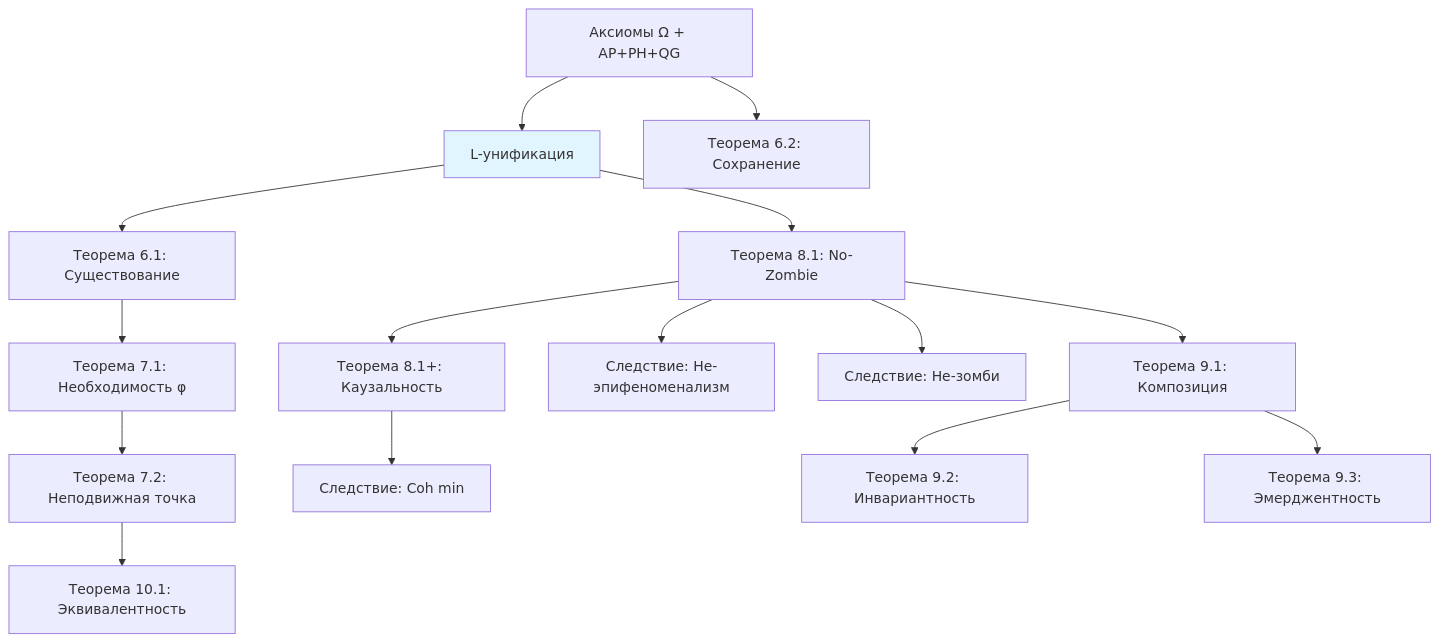
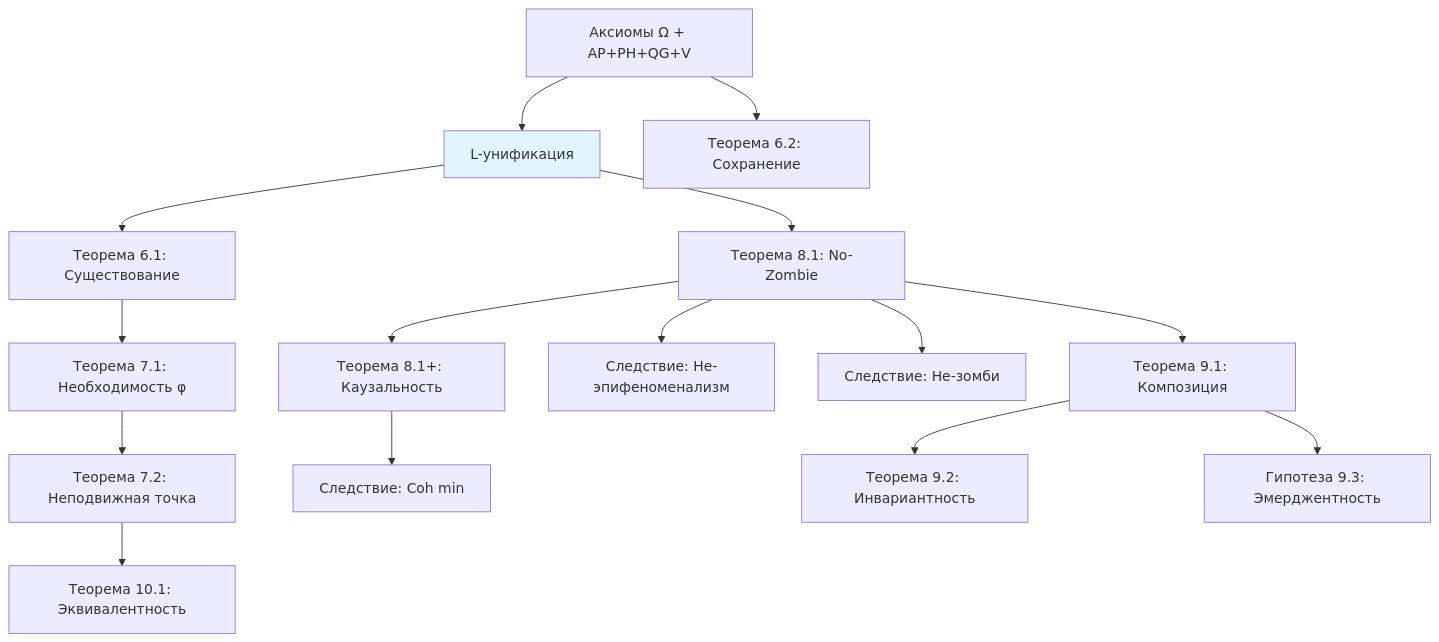
Before and after one commit to uhm-theory/holon: the diagram in website/docs/applied/coherence-cybernetics/theorems.md, drawn with Mermaid. The commit also changed other lines of this file and 58 other files, not shown here.

````diff
--- a/website/docs/applied/coherence-cybernetics/theorems.md
+++ b/website/docs/applied/coherence-cybernetics/theorems.md
@@ -261,19 +276,19 @@
 ```mermaid
 graph TD
-    A["Аксиомы Ω + AP+PH+QG"] --> LU["L-унификация"]
+    A["Аксиомы Ω + AP+PH+QG+V"] --> LU["L-унификация"]
     LU --> T61["Теорема 6.1: Существование"]
     A --> T62["Теорема 6.2: Сохранение"]
     T61 --> T71["Теорема 7.1: Необходимость φ"]
     T71 --> T72["Теорема 7.2: Неподвижная точка"]
     LU --> T81["Теорема 8.1: No-Zombie"]
     T81 --> T81P["Теорема 8.1+: Каузальность"]
     T81 --> C811["Следствие: Не-эпифеноменализм"]
     T81 --> C812["Следствие: Не-зомби"]
     T81P --> C813["Следствие: Coh min"]
     T81 --> T91["Теорема 9.1: Композиция"]
     T91 --> T92["Теорема 9.2: Инвариантность"]
-    T91 --> T93["Теорема 9.3: Эмерджентность"]
+    T91 --> T93["Гипотеза 9.3: Эмерджентность"]
     T72 --> T101["Теорема 10.1: Эквивалентность"]
 
     style LU fill:#e1f5fe
 ```
````
